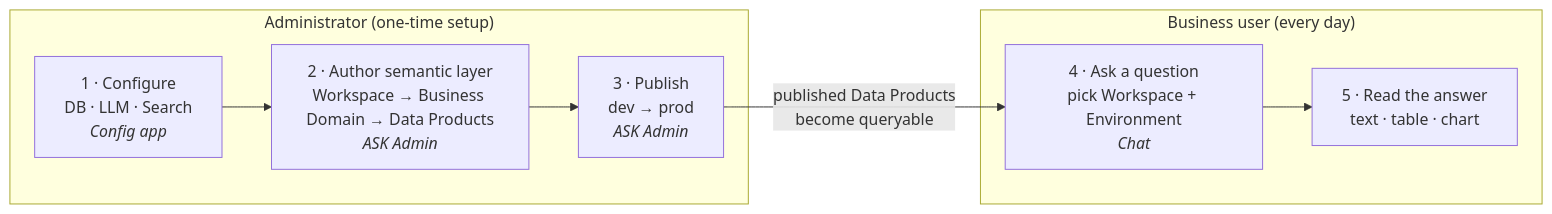
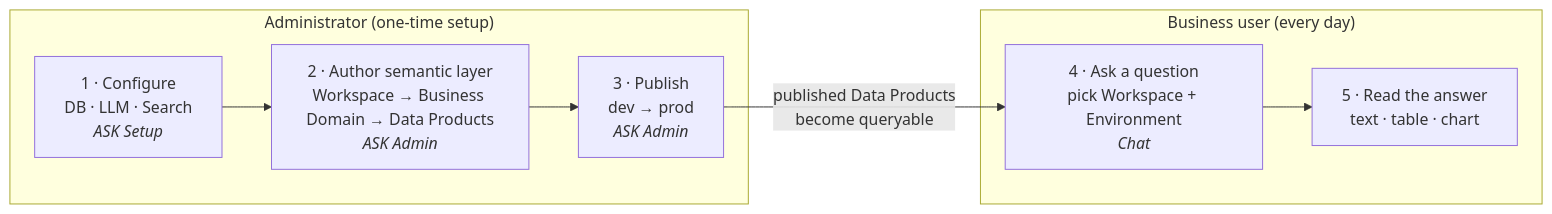
The second of 6 diagrams in platform/02-concepts.md (Onibex/agentic-semantic-knowledge-ask), drawn with Mermaid before and after one commit. The commit also changed other lines of this file and 21 other files, not shown here.

````diff
--- a/platform/02-concepts.md
+++ b/platform/02-concepts.md
@@ -78,15 +84,15 @@
 ```mermaid
 flowchart LR
     subgraph SETUP["Administrator (one-time setup)"]
-        C["1 · Configure<br/>DB · LLM · Search<br/><i>Config app</i>"]
+        C["1 · Configure<br/>DB · LLM · Search<br/><i>ASK Setup</i>"]
         S["2 · Author semantic layer<br/>Workspace → Business Domain → Data Products<br/><i>ASK Admin</i>"]
         P["3 · Publish<br/>dev → prod<br/><i>ASK Admin</i>"]
         C --> S --> P
     end
     subgraph DAILY["Business user (every day)"]
         Q["4 · Ask a question<br/>pick Workspace + Environment<br/><i>Chat</i>"]
         A["5 · Read the answer<br/>text · table · chart"]
         Q --> A
     end
     P -->|published Data Products<br/>become queryable| Q
 ```
````
